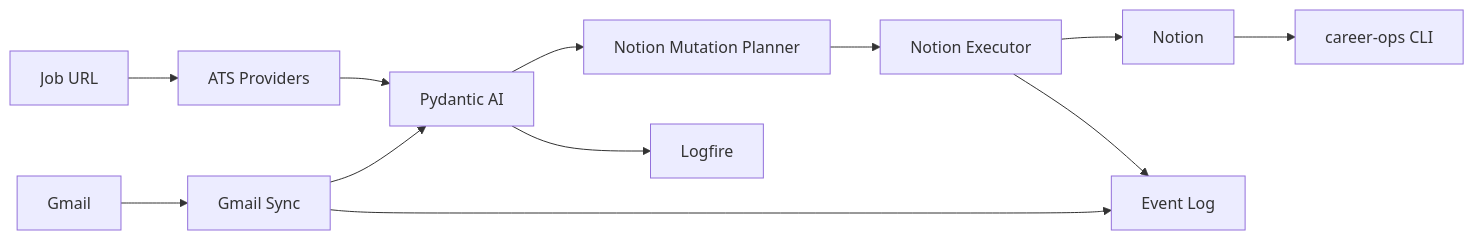
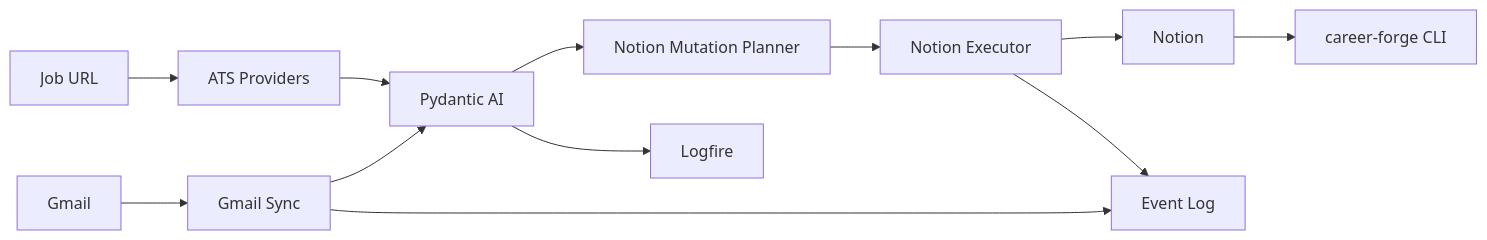
The diagram in PROJECT_STATE.md (dillon-barendt/career-forge), drawn with Mermaid before and after one commit. The commit also changed other lines of this file and 52 other files, not shown here.

First line of the commit message:
feat(career-forge): add webhook intake and rename project

````diff
--- a/PROJECT_STATE.md
+++ b/PROJECT_STATE.md
@@ -25,14 +25,14 @@
 ```mermaid
 flowchart LR
     Gmail["Gmail"] --> GmailSync["Gmail Sync"]
     GmailSync --> AI["Pydantic AI"]
     JobURL["Job URL"] --> Providers["ATS Providers"]
     Providers --> AI
     AI --> Planner["Notion Mutation Planner"]
     Planner --> Executor["Notion Executor"]
     Executor --> Notion["Notion"]
     GmailSync --> Events["Event Log"]
     Executor --> Events
     AI --> Logfire["Logfire"]
-    Notion --> CLI["career-ops CLI"]
+    Notion --> CLI["career-forge CLI"]
 ```
````
